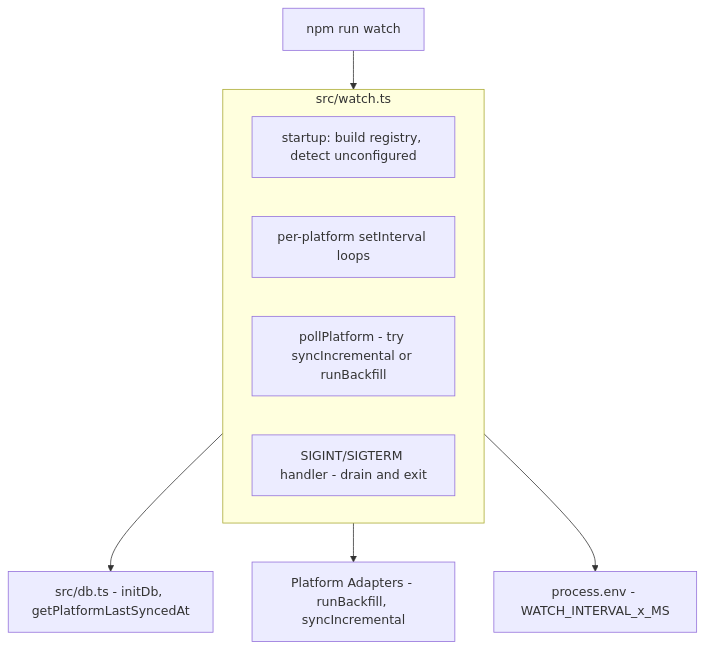
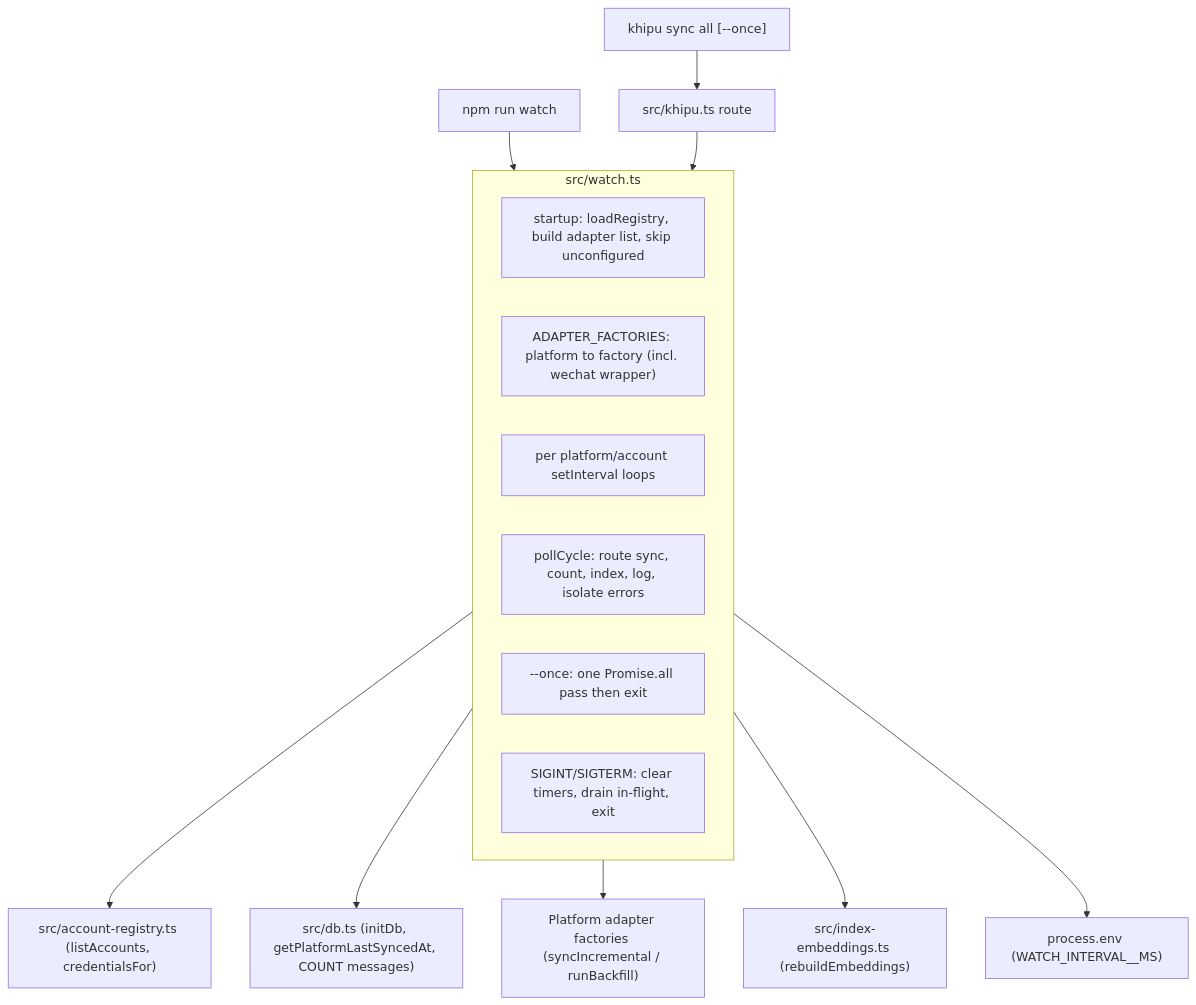
The first of 4 diagrams in .kiro/specs/sync-watcher/design.md (yanicklandry/khipuchat), drawn with Mermaid before and after one commit. The commit also changed other lines of this file and 4 other files, not shown here.

````diff
--- a/.kiro/specs/sync-watcher/design.md
+++ b/.kiro/specs/sync-watcher/design.md
@@ -75,15 +84,21 @@
 ```mermaid
 flowchart TD
-    CLI[npm run watch] --> Watch[src/watch.ts]
+    CLI["khipu sync all [--once]"] --> Khipu[src/khipu.ts route]
+    NPM["npm run watch"] --> Watch
+    Khipu --> Watch[src/watch.ts]
 
     subgraph Watch [src/watch.ts]
-        Startup[startup: build registry, detect unconfigured]
-        PollLoop[per-platform setInterval loops]
-        PollCycle[pollPlatform - try syncIncremental or runBackfill]
-        Shutdown[SIGINT/SIGTERM handler - drain and exit]
+        Startup["startup: loadRegistry, build adapter list, skip unconfigured"]
+        Route["ADAPTER_FACTORIES: platform to factory (incl. wechat wrapper)"]
+        PollLoop["per platform/account setInterval loops"]
+        PollCycle["pollCycle: route sync, count, index, log, isolate errors"]
+        Once["--once: one Promise.all pass then exit"]
+        Shutdown["SIGINT/SIGTERM: clear timers, drain in-flight, exit"]
     end
 
-    Watch --> DB[src/db.ts - initDb, getPlatformLastSyncedAt]
-    Watch --> Adapters[Platform Adapters - runBackfill, syncIncremental]
-    Watch --> Env[process.env - WATCH_INTERVAL_x_MS]
+    Watch --> Registry["src/account-registry.ts (listAccounts, credentialsFor)"]
+    Watch --> DB["src/db.ts (initDb, getPlatformLastSyncedAt, COUNT messages)"]
+    Watch --> Adapters["Platform adapter factories (syncIncremental / runBackfill)"]
+    Watch --> Index["src/index-embeddings.ts (rebuildEmbeddings)"]
+    Watch --> Env["process.env (WATCH_INTERVAL_<PLATFORM>_MS)"]
 ```
````
